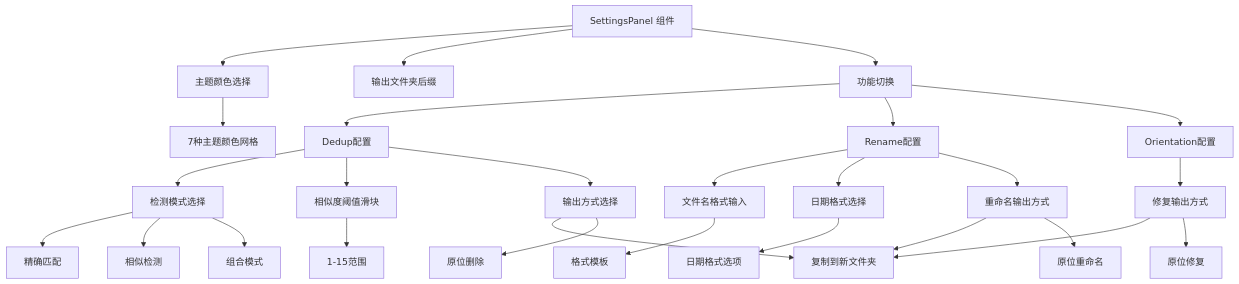
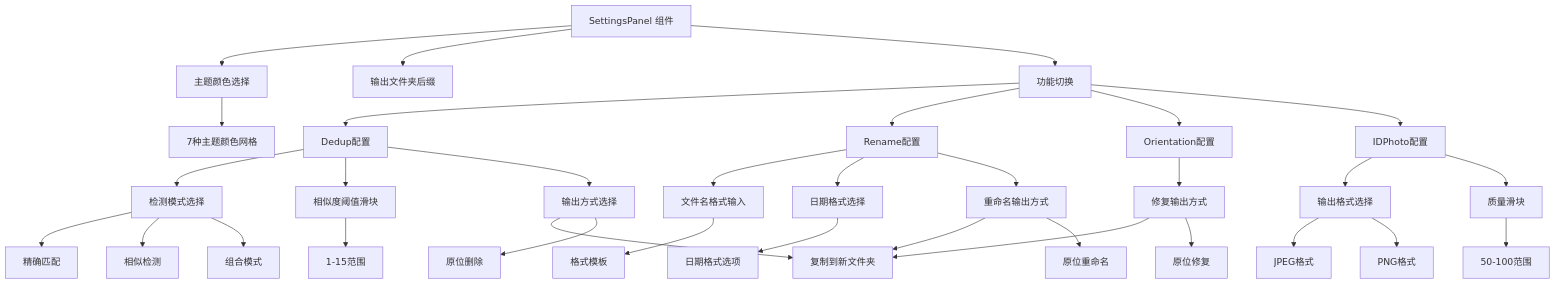
One commit to remgasuki/ReDoPhoto changed the seventh of 10 diagrams in .qoder/repowiki/zh/content/核心服务模块/设置管理服务.md. Above: the diagram before and after it, drawn with Mermaid. The commit also changed other lines of this file and 31 other files, not shown here.

Commit message:
v2.2.0: 证件照功能全面升级 - AI抠图/海量模板/美颜/压缩/排版

````diff
--- a/.qoder/repowiki/zh/content/核心服务模块/设置管理服务.md
+++ b/.qoder/repowiki/zh/content/核心服务模块/设置管理服务.md
@@ -308,29 +321,35 @@
 ```mermaid
 graph TB
 SP[SettingsPanel 组件] --> TC[主题颜色选择]
 SP --> OFS[输出文件夹后缀]
 SP --> FF[功能切换]
 FF --> DP[Dedup配置]
 FF --> RN[Rename配置]
 FF --> OR[Orientation配置]
+FF --> IDP[IDPhoto配置]
 DP --> HM[检测模式选择]
 DP --> PT[相似度阈值滑块]
 DP --> OM[输出方式选择]
 RN --> NF[文件名格式输入]
 RN --> DF[日期格式选择]
 RN --> ROM[重命名输出方式]
 OR --> OOM[修复输出方式]
+IDP --> OF[输出格式选择]
+IDP --> QL[质量滑块]
 TC --> Themes[7种主题颜色网格]
 HM --> Radio1[精确匹配]
 HM --> Radio2[相似检测]
 HM --> Radio3[组合模式]
 PT --> RangeInput[1-15范围]
 OM --> Copy[复制到新文件夹]
 OM --> Delete[原位删除]
 NF --> TextInput[格式模板]
 DF --> DateFormat[日期格式选项]
 ROM --> Copy[复制到新文件夹]
 ROM --> RenameInPlace[原位重命名]
 OOM --> Copy[复制到新文件夹]
 OOM --> FixInPlace[原位修复]
+OF --> JPG[JPEG格式]
+OF --> PNG[PNG格式]
+QL --> RangeInput2[50-100范围]
 ```
````
